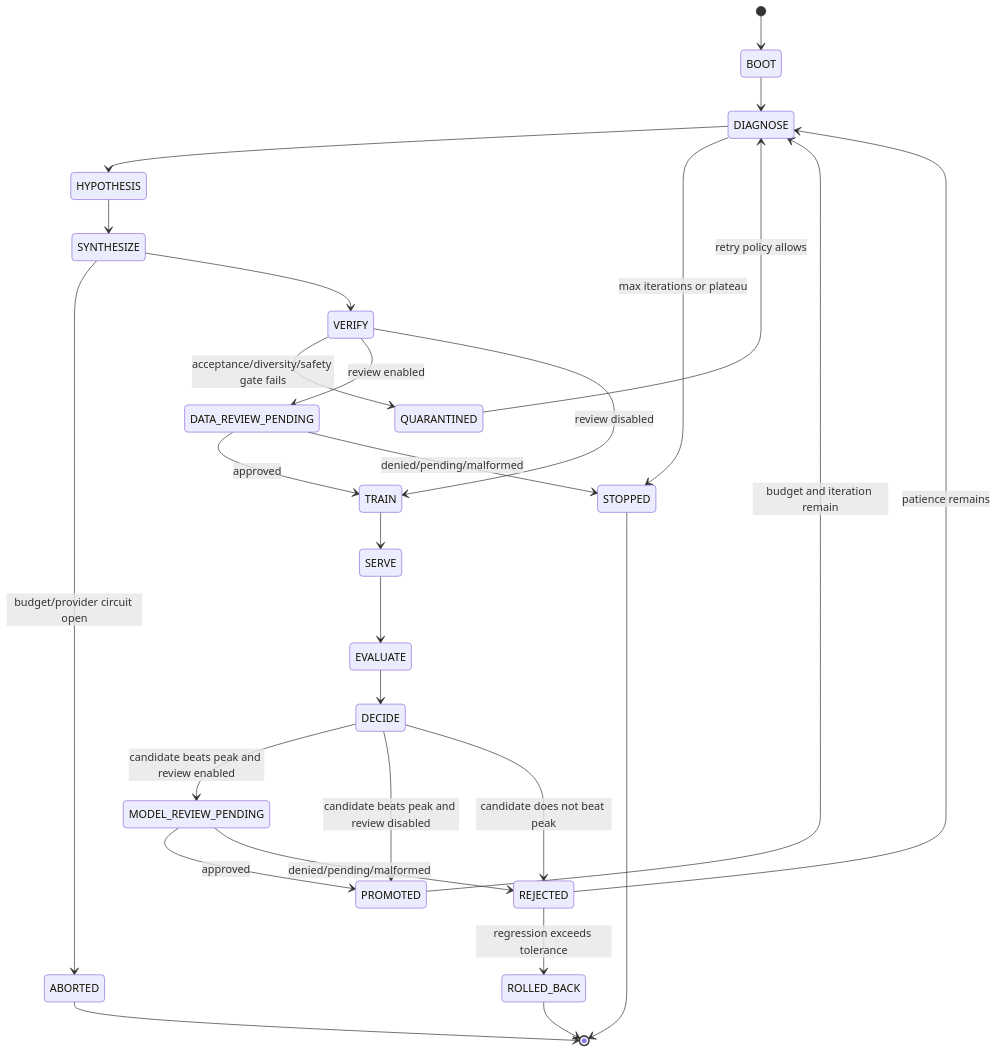
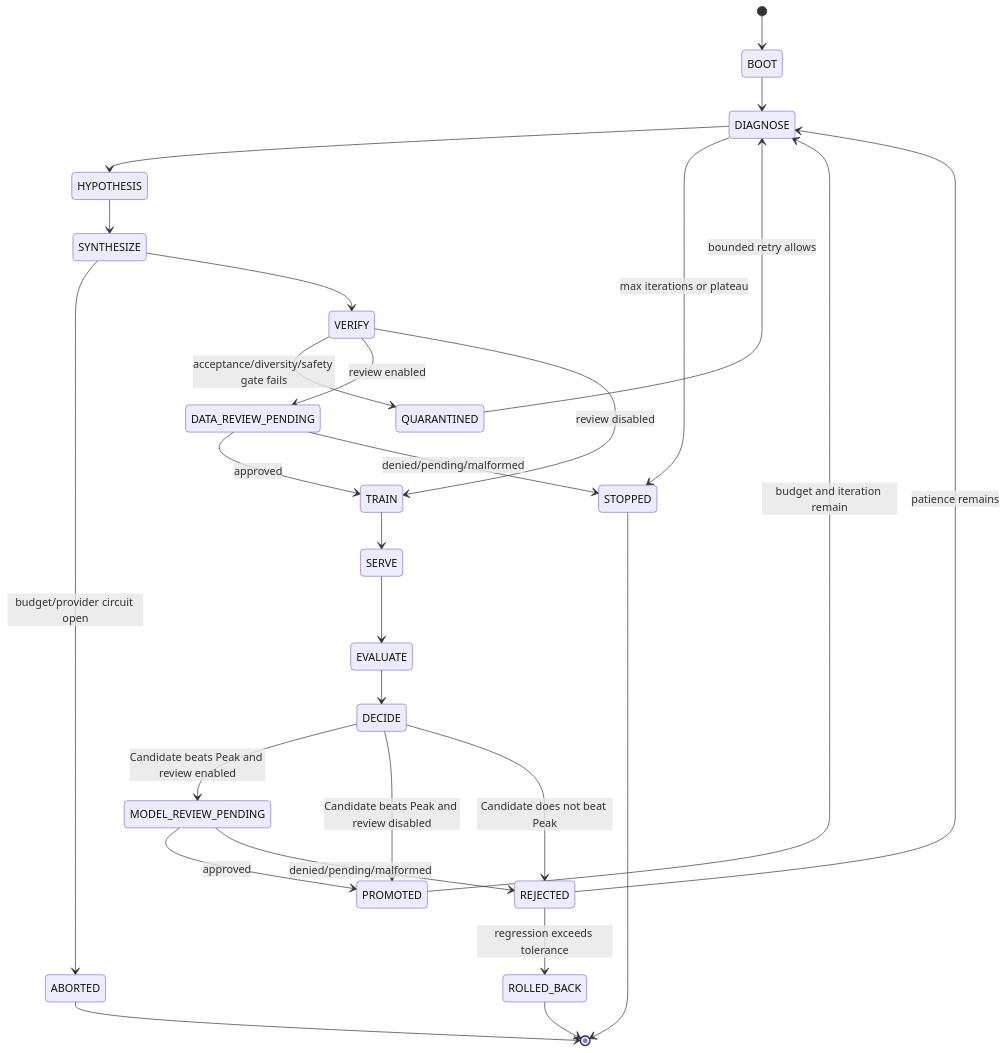
The fourth of 8 diagrams in docs/state-machine.md (ed3c/post-training-rsi-pipeline), drawn with Mermaid before and after one commit. The commit also changed other lines of this file, not shown here.

````diff
--- a/docs/state-machine.md
+++ b/docs/state-machine.md
@@ -97,30 +205,30 @@
 ```mermaid
 stateDiagram-v2
     [*] --> BOOT
     BOOT --> DIAGNOSE
     DIAGNOSE --> HYPOTHESIS
     HYPOTHESIS --> SYNTHESIZE
     SYNTHESIZE --> ABORTED: budget/provider circuit open
     SYNTHESIZE --> VERIFY
     VERIFY --> QUARANTINED: acceptance/diversity/safety gate fails
     VERIFY --> DATA_REVIEW_PENDING: review enabled
     VERIFY --> TRAIN: review disabled
     DATA_REVIEW_PENDING --> TRAIN: approved
     DATA_REVIEW_PENDING --> STOPPED: denied/pending/malformed
     TRAIN --> SERVE
     SERVE --> EVALUATE
     EVALUATE --> DECIDE
-    DECIDE --> MODEL_REVIEW_PENDING: candidate beats peak and review enabled
-    DECIDE --> PROMOTED: candidate beats peak and review disabled
-    DECIDE --> REJECTED: candidate does not beat peak
+    DECIDE --> MODEL_REVIEW_PENDING: Candidate beats Peak and review enabled
+    DECIDE --> PROMOTED: Candidate beats Peak and review disabled
+    DECIDE --> REJECTED: Candidate does not beat Peak
     MODEL_REVIEW_PENDING --> PROMOTED: approved
     MODEL_REVIEW_PENDING --> REJECTED: denied/pending/malformed
     PROMOTED --> DIAGNOSE: budget and iteration remain
     REJECTED --> DIAGNOSE: patience remains
     REJECTED --> ROLLED_BACK: regression exceeds tolerance
-    QUARANTINED --> DIAGNOSE: retry policy allows
+    QUARANTINED --> DIAGNOSE: bounded retry allows
     DIAGNOSE --> STOPPED: max iterations or plateau
     ABORTED --> [*]
     STOPPED --> [*]
     ROLLED_BACK --> [*]
 ```
````
